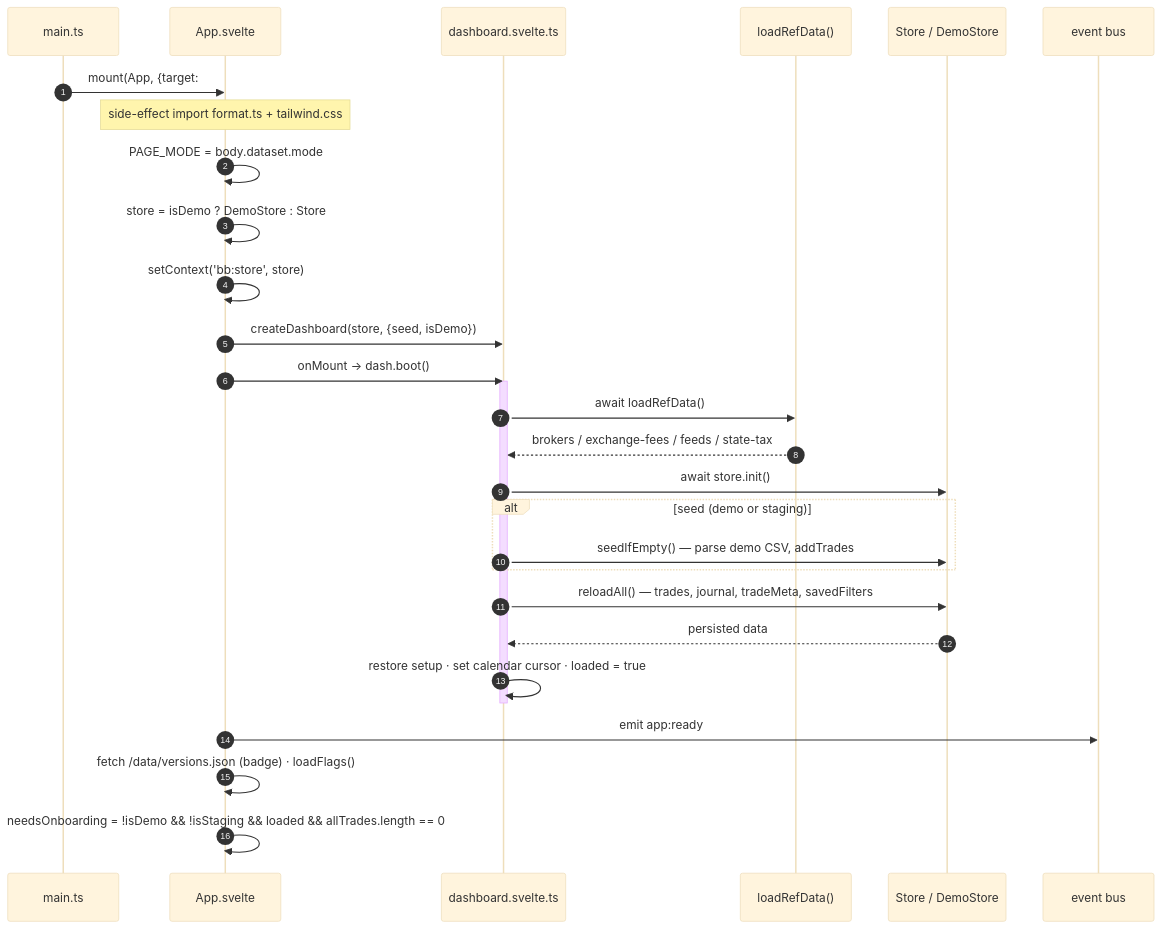
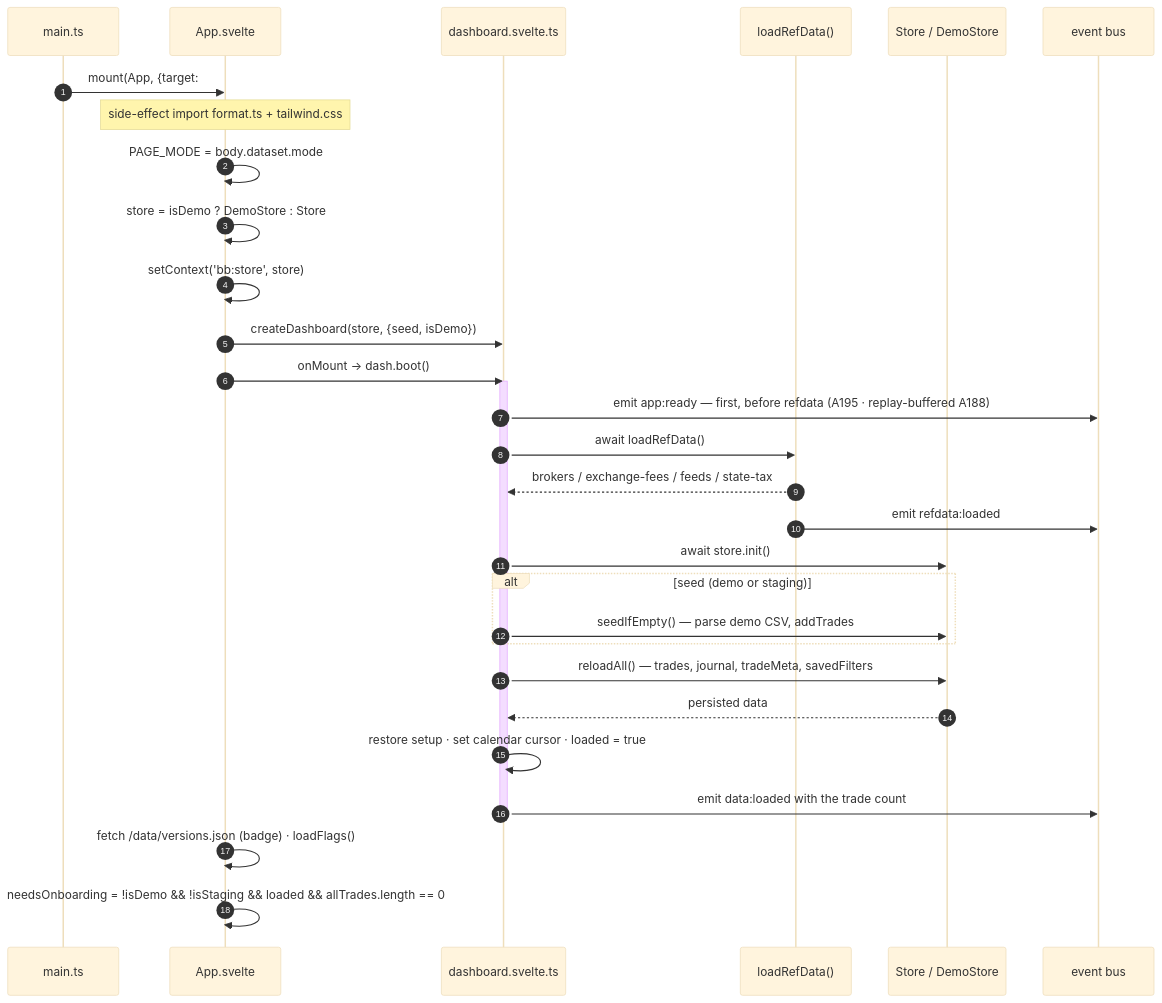
One commit to mitchGuthrieDev/blotterbook changed the diagram in docs/architecture-diagrams/boot-and-lifecycle.md. Above: the diagram before and after it, drawn with Mermaid (base theme). The commit also changed 10 other files, not shown here.

````diff
--- a/docs/architecture-diagrams/boot-and-lifecycle.md
+++ b/docs/architecture-diagrams/boot-and-lifecycle.md
@@ -11,32 +11,34 @@
 ```mermaid
 sequenceDiagram
     autonumber
     participant M as main.ts
     participant App as App.svelte
     participant Dash as dashboard.svelte.ts
     participant Ref as loadRefData()
     participant Store as Store / DemoStore
     participant Bus as event bus
 
     M->>App: mount(App, {target: #app})
     Note over App: side-effect import format.ts + tailwind.css
     App->>App: PAGE_MODE = body.dataset.mode
     App->>App: store = isDemo ? DemoStore : Store
     App->>App: setContext('bb:store', store)
     App->>Dash: createDashboard(store, {seed, isDemo})
     App->>Dash: onMount → dash.boot()
     activate Dash
+    Dash->>Bus: emit app:ready — first, before refdata (A195 · replay-buffered A188)
     Dash->>Ref: await loadRefData()
     Ref-->>Dash: brokers / exchange-fees / feeds / state-tax
+    Ref->>Bus: emit refdata:loaded
     Dash->>Store: await store.init()
     alt seed (demo or staging)
         Dash->>Store: seedIfEmpty() — parse demo CSV, addTrades
     end
     Dash->>Store: reloadAll() — trades, journal, tradeMeta, savedFilters
     Store-->>Dash: persisted data
     Dash->>Dash: restore setup · set calendar cursor · loaded = true
+    Dash->>Bus: emit data:loaded with the trade count
     deactivate Dash
-    App->>Bus: emit app:ready
     App->>App: fetch /data/versions.json (badge) · loadFlags()
     App->>App: needsOnboarding = !isDemo && !isStaging && loaded && allTrades.length == 0
 ```
````
